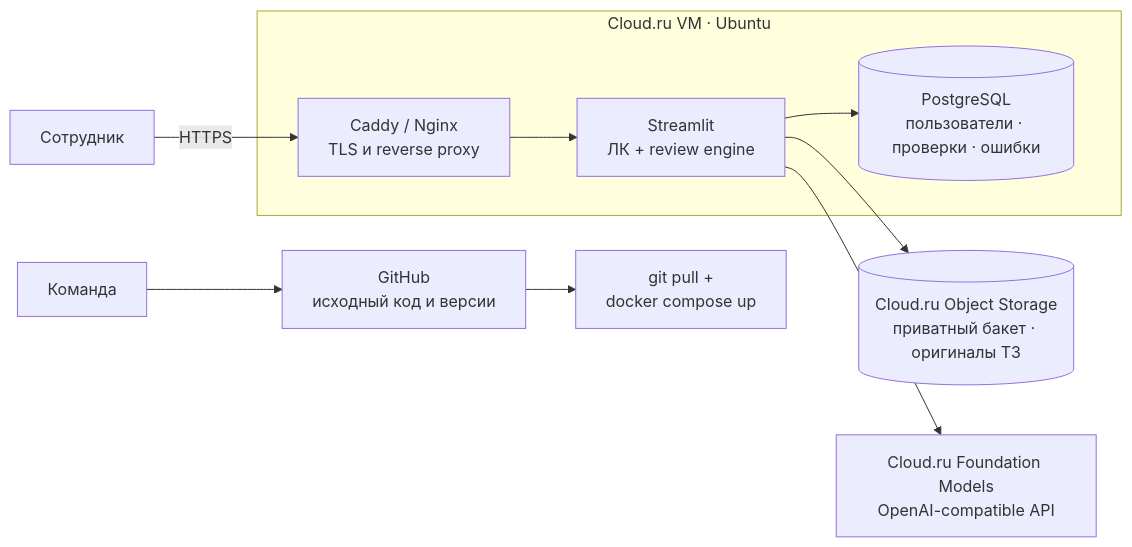
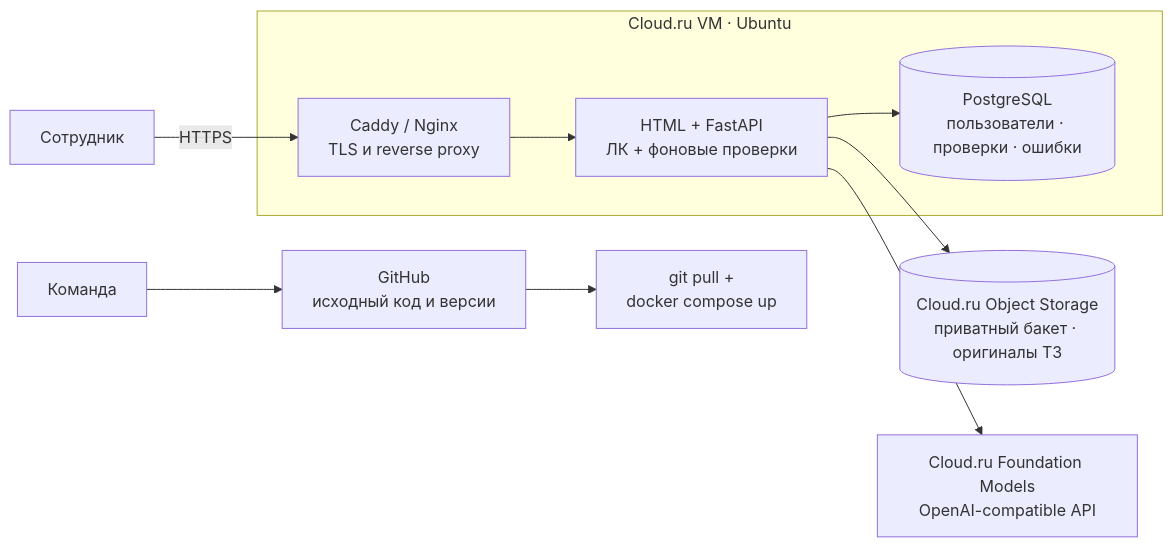
One commit to 1DenBackyard/itmoxmts changed the second of 2 diagrams in README.md. Above: the diagram before and after it, drawn with Mermaid. The commit also changed other lines of this file and 18 other files, not shown here.

Commit message:
Replace production Streamlit UI with authenticated HTML application (#11)

````diff
--- a/README.md
+++ b/README.md
@@ -110,15 +110,15 @@
 ```mermaid
 flowchart LR
     DEV["Команда"] --> GH["GitHub<br/>исходный код и версии"]
     GH --> DEPLOY["git pull +<br/>docker compose up"]
 
     USER["Сотрудник"] -->|HTTPS| PROXY
 
     subgraph VM["Cloud.ru VM · Ubuntu"]
-        PROXY["Caddy / Nginx<br/>TLS и reverse proxy"] --> APP["Streamlit<br/>ЛК + review engine"]
+        PROXY["Caddy / Nginx<br/>TLS и reverse proxy"] --> APP["HTML + FastAPI<br/>ЛК + фоновые проверки"]
         APP --> PG[("PostgreSQL<br/>пользователи · проверки · ошибки")]
     end
 
     APP --> S3[("Cloud.ru Object Storage<br/>приватный бакет · оригиналы ТЗ")]
     APP --> FM["Cloud.ru Foundation Models<br/>OpenAI-compatible API"]
 ```
````
